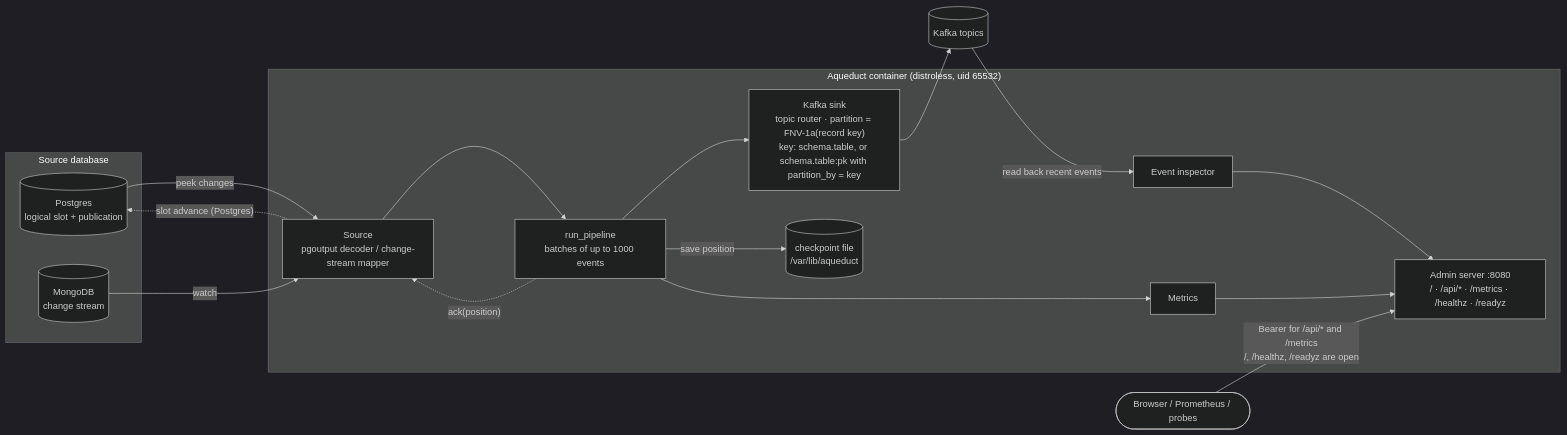
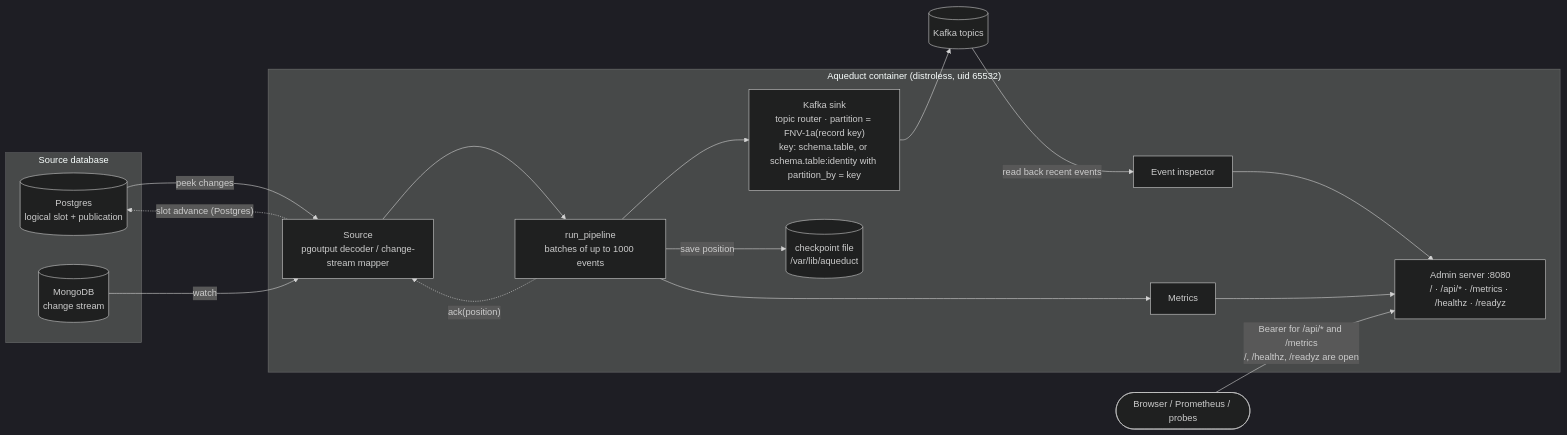
The first of 3 diagrams in README.md (yarncraft/aqueduct), drawn with Mermaid (dark theme) before and after one commit. The commit also changed other lines of this file and 2 other files, not shown here.

Commit message:
docs: partition_by = key orders per row only with immutable replica-identity columns; truncates use schema.table
Key is the replica-identity columns (decoder.rs::key), not the PK; REPLICA IDENTITY FULL loses per-row order.

````diff
--- a/README.md
+++ b/README.md
@@ -18,30 +18,30 @@
 ```mermaid
 flowchart LR
     subgraph db["Source database"]
         PG[("Postgres<br/>logical slot + publication")]
         MG[("MongoDB<br/>change stream")]
     end
 
     subgraph aq["Aqueduct container (distroless, uid 65532)"]
         SRC["Source<br/>pgoutput decoder / change-stream mapper"]
         PIPE["run_pipeline<br/>batches of up to 1000 events"]
-        SINK["Kafka sink<br/>topic router · partition = FNV-1a(record key)<br/>key: schema.table, or schema.table:pk with partition_by = key"]
+        SINK["Kafka sink<br/>topic router · partition = FNV-1a(record key)<br/>key: schema.table, or schema.table:identity with partition_by = key"]
         CK[("checkpoint file<br/>/var/lib/aqueduct")]
         MET["Metrics"]
         ADM["Admin server :8080<br/>/ · /api/* · /metrics · /healthz · /readyz"]
         INS["Event inspector"]
     end
 
     K[("Kafka topics")]
     U(["Browser / Prometheus / probes"])
 
     PG -- "peek changes" --> SRC
     MG -- "watch" --> SRC
     SRC --> PIPE --> SINK --> K
     PIPE -- "save position" --> CK
     PIPE -. "ack(position)" .-> SRC
     SRC -. "slot advance (Postgres)" .-> PG
     PIPE --> MET --> ADM
     K -- "read back recent events" --> INS --> ADM
     U -- "Bearer for /api/* and /metrics<br/>/, /healthz, /readyz are open" --> ADM
 ```
````
